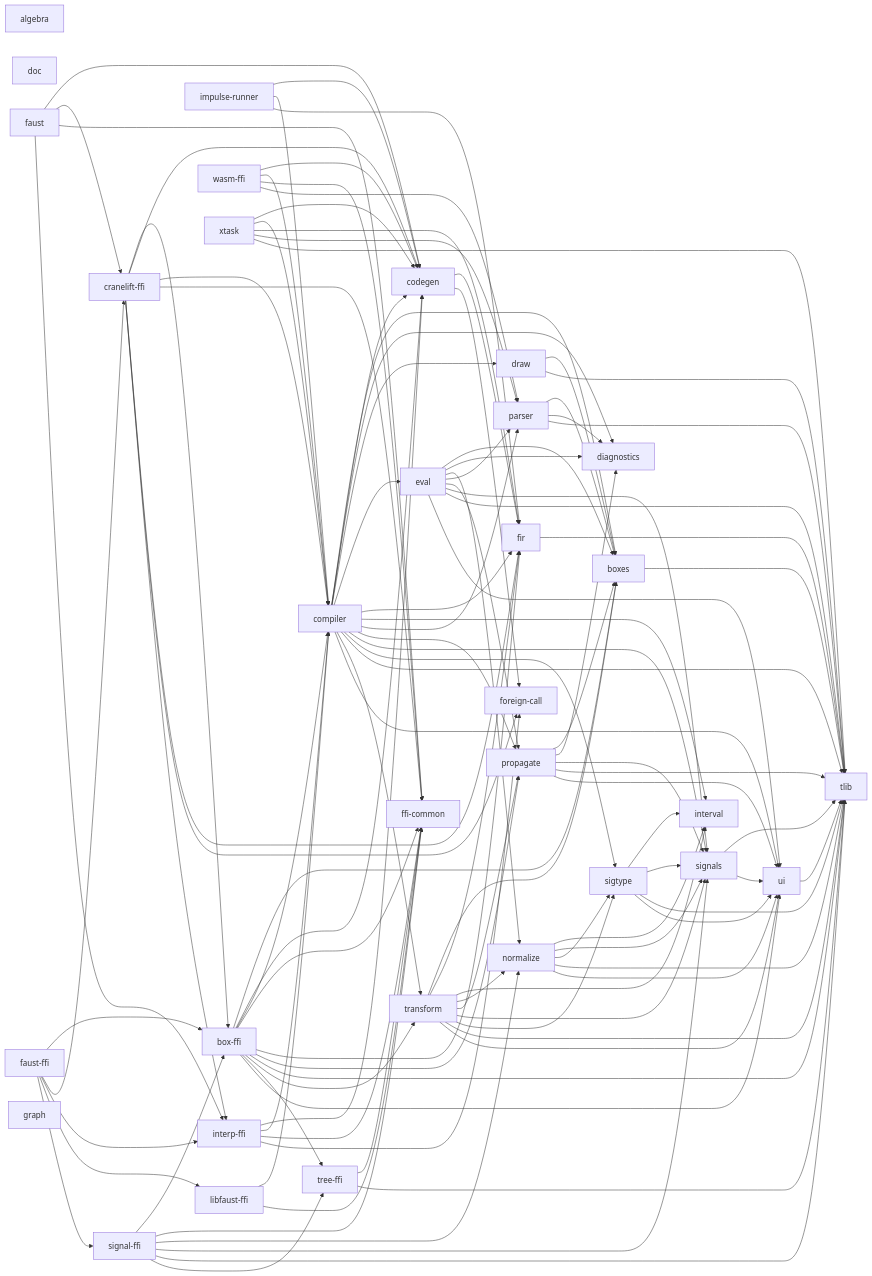
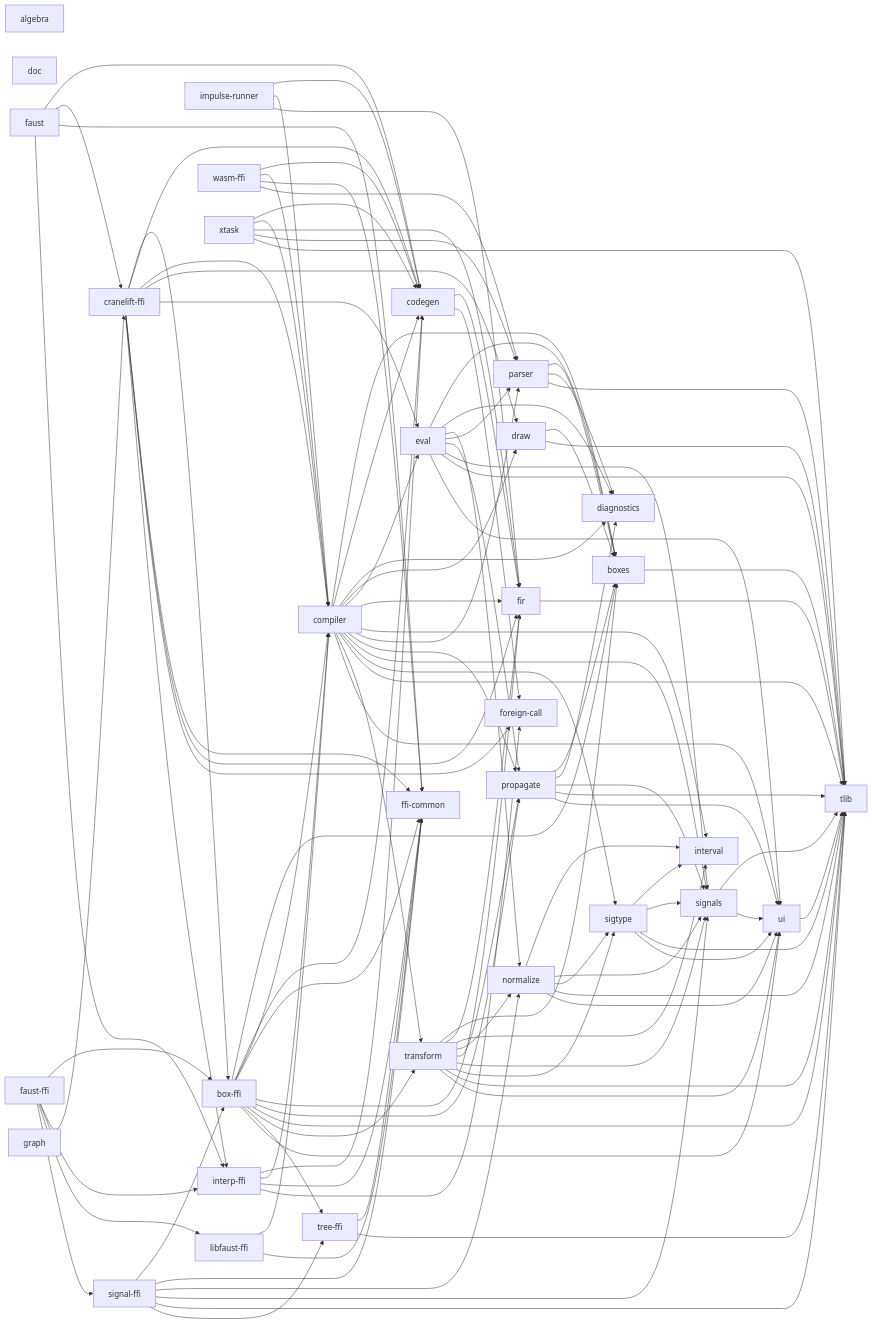
One commit to grame-cncm/faust-rs changed the diagram in docs/code-graphs/internal-crate-deps.mmd. Above: the diagram before and after it, drawn with Mermaid. The commit also changed 28 other files, not shown here.

```diff
--- a/docs/code-graphs/internal-crate-deps.mmd
+++ b/docs/code-graphs/internal-crate-deps.mmd
@@ -1,142 +1,144 @@
 flowchart LR
     crate_algebra["algebra"]
     crate_box_ffi["box-ffi"]
     crate_boxes["boxes"]
     crate_codegen["codegen"]
     crate_compiler["compiler"]
     crate_cranelift_ffi["cranelift-ffi"]
     crate_diagnostics["diagnostics"]
     crate_doc["doc"]
     crate_draw["draw"]
     crate_eval["eval"]
     crate_faust["faust"]
     crate_faust_ffi["faust-ffi"]
     crate_ffi_common["ffi-common"]
     crate_fir["fir"]
     crate_foreign_call["foreign-call"]
     crate_graph["graph"]
     crate_impulse_runner["impulse-runner"]
     crate_interp_ffi["interp-ffi"]
     crate_interval["interval"]
     crate_libfaust_ffi["libfaust-ffi"]
     crate_normalize["normalize"]
     crate_parser["parser"]
     crate_propagate["propagate"]
     crate_signal_ffi["signal-ffi"]
     crate_signals["signals"]
     crate_sigtype["sigtype"]
     crate_tlib["tlib"]
     crate_transform["transform"]
     crate_tree_ffi["tree-ffi"]
     crate_ui["ui"]
     crate_wasm_ffi["wasm-ffi"]
     crate_xtask["xtask"]
     crate_box_ffi --> crate_boxes
     crate_box_ffi --> crate_codegen
     crate_box_ffi --> crate_compiler
     crate_box_ffi --> crate_ffi_common
     crate_box_ffi --> crate_fir
     crate_box_ffi --> crate_propagate
     crate_box_ffi --> crate_tlib
     crate_box_ffi --> crate_transform
     crate_box_ffi --> crate_tree_ffi
     crate_box_ffi --> crate_ui
     crate_boxes --> crate_tlib
     crate_codegen --> crate_fir
     crate_codegen --> crate_foreign_call
     crate_compiler --> crate_boxes
     crate_compiler --> crate_codegen
     crate_compiler --> crate_diagnostics
     crate_compiler --> crate_draw
     crate_compiler --> crate_eval
     crate_compiler --> crate_fir
     crate_compiler --> crate_interval
     crate_compiler --> crate_parser
     crate_compiler --> crate_propagate
     crate_compiler --> crate_signals
     crate_compiler --> crate_sigtype
     crate_compiler --> crate_tlib
     crate_compiler --> crate_transform
     crate_compiler --> crate_ui
     crate_cranelift_ffi --> crate_box_ffi
     crate_cranelift_ffi --> crate_codegen
     crate_cranelift_ffi --> crate_compiler
+    crate_cranelift_ffi --> crate_draw
+    crate_cranelift_ffi --> crate_eval
     crate_cranelift_ffi --> crate_ffi_common
     crate_cranelift_ffi --> crate_fir
     crate_cranelift_ffi --> crate_foreign_call
     crate_cranelift_ffi --> crate_interp_ffi
     crate_draw --> crate_boxes
     crate_draw --> crate_tlib
     crate_eval --> crate_boxes
     crate_eval --> crate_diagnostics
     crate_eval --> crate_normalize
     crate_eval --> crate_parser
     crate_eval --> crate_propagate
     crate_eval --> crate_signals
     crate_eval --> crate_tlib
     crate_eval --> crate_ui
     crate_faust --> crate_codegen
     crate_faust --> crate_cranelift_ffi
     crate_faust --> crate_ffi_common
     crate_faust --> crate_interp_ffi
     crate_faust_ffi --> crate_box_ffi
     crate_faust_ffi --> crate_cranelift_ffi
     crate_faust_ffi --> crate_interp_ffi
     crate_faust_ffi --> crate_libfaust_ffi
     crate_faust_ffi --> crate_signal_ffi
     crate_fir --> crate_tlib
     crate_impulse_runner --> crate_codegen
     crate_impulse_runner --> crate_compiler
     crate_impulse_runner --> crate_fir
     crate_interp_ffi --> crate_codegen
     crate_interp_ffi --> crate_compiler
     crate_interp_ffi --> crate_ffi_common
     crate_interp_ffi --> crate_foreign_call
     crate_libfaust_ffi --> crate_compiler
     crate_libfaust_ffi --> crate_ffi_common
     crate_normalize --> crate_interval
     crate_normalize --> crate_signals
     crate_normalize --> crate_sigtype
     crate_normalize --> crate_tlib
     crate_normalize --> crate_ui
     crate_parser --> crate_boxes
     crate_parser --> crate_diagnostics
     crate_parser --> crate_tlib
     crate_propagate --> crate_boxes
     crate_propagate --> crate_diagnostics
     crate_propagate --> crate_signals
     crate_propagate --> crate_tlib
     crate_propagate --> crate_ui
     crate_signal_ffi --> crate_box_ffi
     crate_signal_ffi --> crate_ffi_common
     crate_signal_ffi --> crate_normalize
     crate_signal_ffi --> crate_signals
     crate_signal_ffi --> crate_tlib
     crate_signal_ffi --> crate_tree_ffi
     crate_signals --> crate_tlib
     crate_signals --> crate_ui
     crate_sigtype --> crate_interval
     crate_sigtype --> crate_signals
     crate_sigtype --> crate_tlib
     crate_sigtype --> crate_ui
     crate_transform --> crate_boxes
     crate_transform --> crate_fir
     crate_transform --> crate_interval
     crate_transform --> crate_normalize
     crate_transform --> crate_propagate
     crate_transform --> crate_signals
     crate_transform --> crate_sigtype
     crate_transform --> crate_tlib
     crate_transform --> crate_ui
     crate_tree_ffi --> crate_ffi_common
     crate_tree_ffi --> crate_tlib
     crate_ui --> crate_tlib
     crate_wasm_ffi --> crate_codegen
     crate_wasm_ffi --> crate_compiler
     crate_wasm_ffi --> crate_ffi_common
     crate_wasm_ffi --> crate_parser
     crate_xtask --> crate_codegen
     crate_xtask --> crate_compiler
     crate_xtask --> crate_fir
     crate_xtask --> crate_parser
     crate_xtask --> crate_tlib
```
